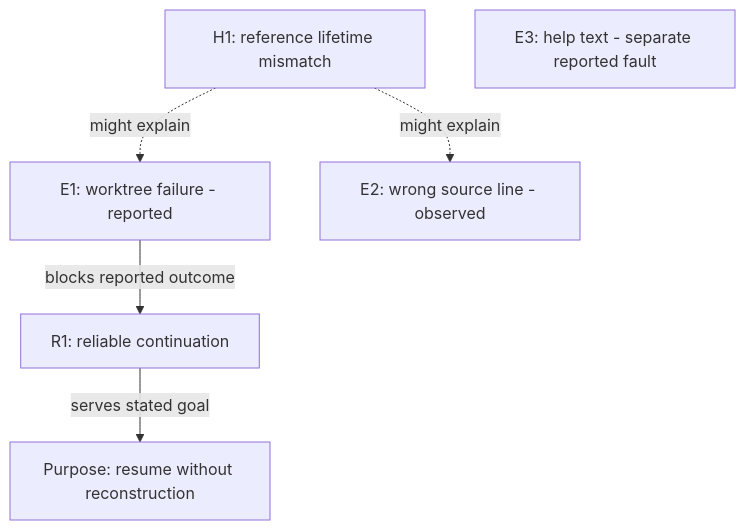
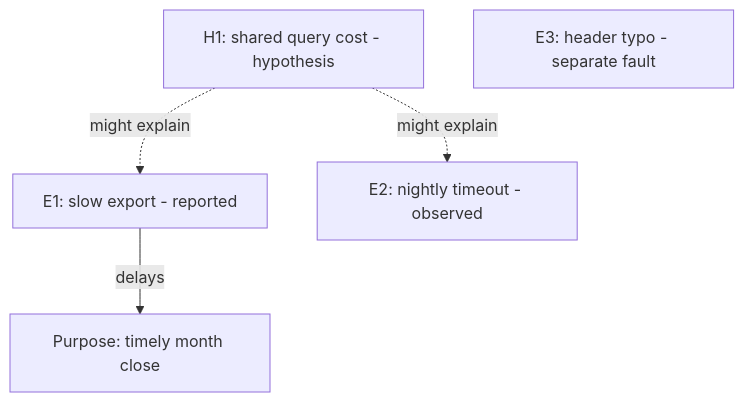
One commit to paulnsorensen/easy-cheese changed the diagram in skills/culture/references/problem-altitudes.md. Above: the diagram before and after it, drawn with Mermaid. The commit also changed other lines of this file and 9 other files, not shown here.

````diff
--- a/skills/culture/references/problem-altitudes.md
+++ b/skills/culture/references/problem-altitudes.md
@@ -177,13 +166,11 @@
 ```mermaid
 flowchart TB
-  P["Purpose: resume without reconstruction"]
-  R["R1: reliable continuation"]
-  H["H1: reference lifetime mismatch"]
-  E1["E1: worktree failure - reported"]
-  E2["E2: wrong source line - observed"]
-  E3["E3: help text - separate reported fault"]
-  R -->|"serves stated goal"| P
-  E1 -->|"blocks reported outcome"| R
-  H -.->|"might explain"| E1
-  H -.->|"might explain"| E2
+  P["Purpose: timely month close"]
+  H1["H1: shared query cost - hypothesis"]
+  E1["E1: slow export - reported"]
+  E2["E2: nightly timeout - observed"]
+  E3["E3: header typo - separate fault"]
+  E1 -->|"delays"| P
+  H1 -.->|"might explain"| E1
+  H1 -.->|"might explain"| E2
 ```
````
